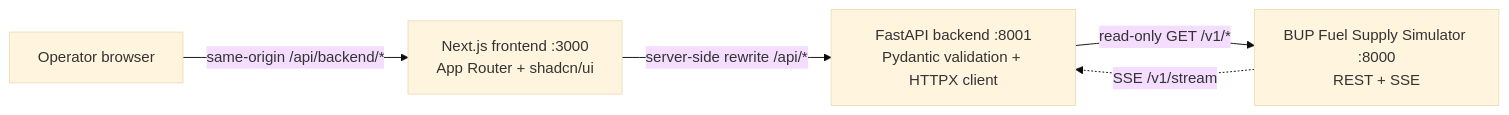
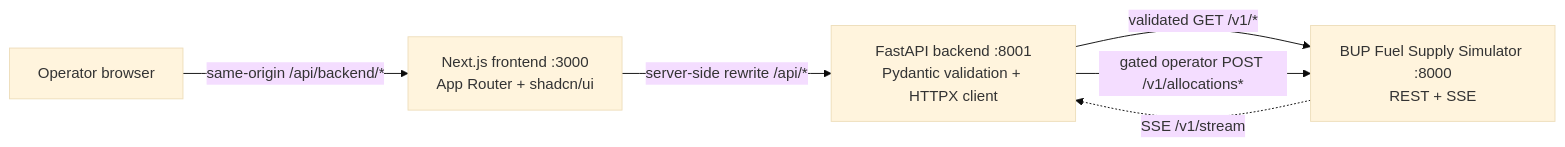
One commit to naim1405/bup_hackathon-fsirp changed the first of 3 diagrams in docs/architecture-overview.md. Above: the diagram before and after it, drawn with Mermaid (base theme). The commit also changed other lines of this file and 15 other files, not shown here.

````diff
--- a/docs/architecture-overview.md
+++ b/docs/architecture-overview.md
@@ -5,12 +5,13 @@
 ```mermaid
 flowchart LR
   Browser[Operator browser]
   Next[Next.js frontend :3000\nApp Router + shadcn/ui]
   FastAPI[FastAPI backend :8001\nPydantic validation + HTTPX client]
   Simulator[BUP Fuel Supply Simulator :8000\nREST + SSE]
 
   Browser -->|same-origin /api/backend/*| Next
   Next -->|server-side rewrite /api/*| FastAPI
-  FastAPI -->|read-only GET /v1/*| Simulator
+  FastAPI -->|validated GET /v1/*| Simulator
+  FastAPI -->|gated operator POST /v1/allocations*| Simulator
   Simulator -.->|SSE /v1/stream| FastAPI
 ```
````
